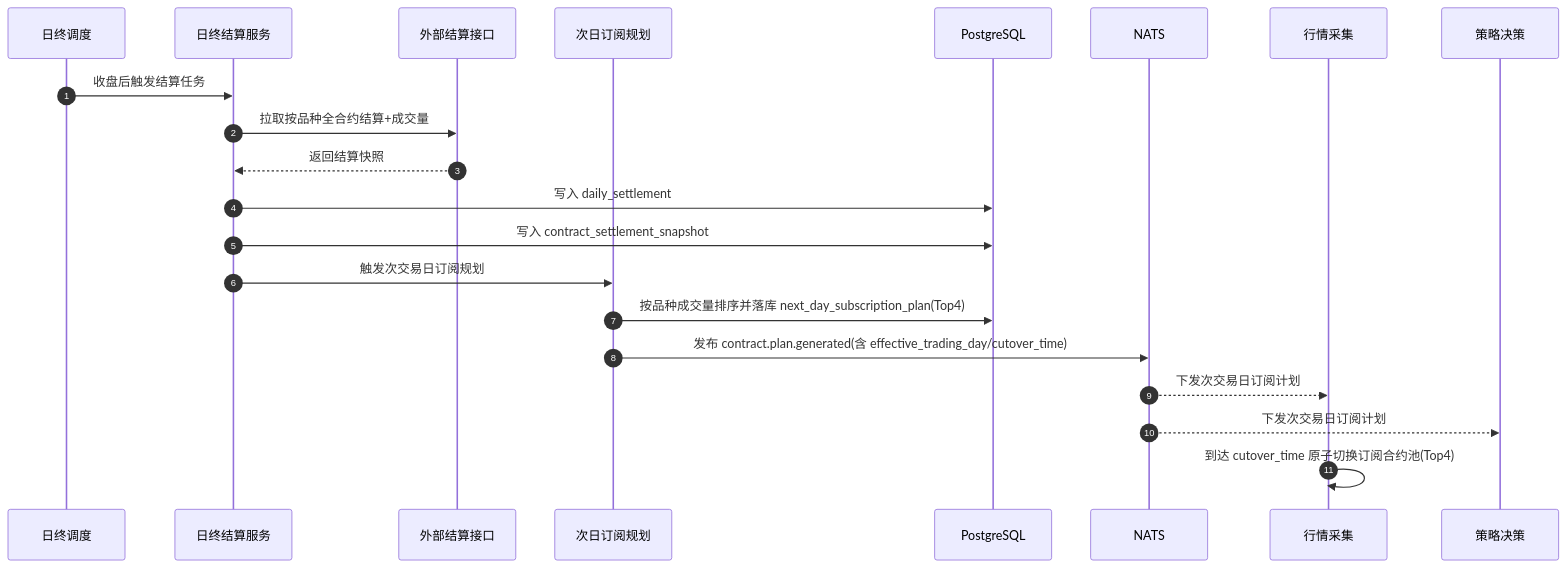
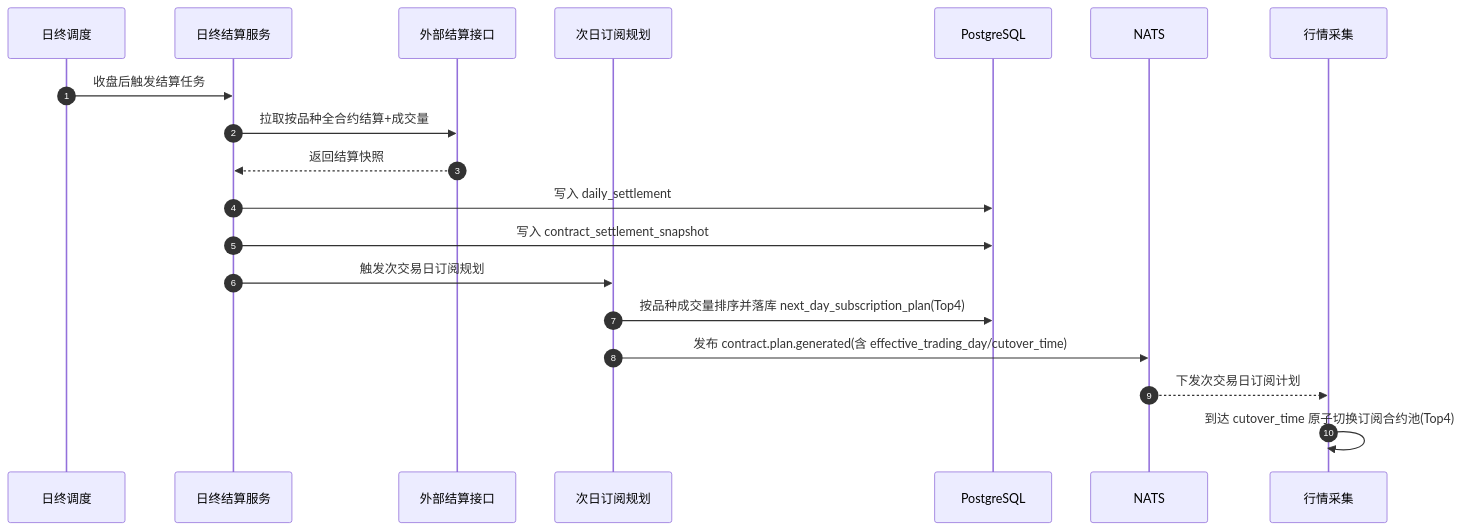
The third of 3 diagrams in docs/requirements/03_technical_architecture_diagram.md (lancewliang/vnpy_hft), drawn with Mermaid before and after one commit. The commit also changed other lines of this file and 5 other files, not shown here.

````diff
--- a/docs/requirements/03_technical_architecture_diagram.md
+++ b/docs/requirements/03_technical_architecture_diagram.md
@@ -114,27 +116,25 @@
 ```mermaid
 sequenceDiagram
     autonumber
     participant SCH as 日终调度
     participant SS as 日终结算服务
     participant API as 外部结算接口
     participant CSP as 次日订阅规划
     participant PG as PostgreSQL
     participant MQ as NATS
     participant MC as 行情采集
-    participant SE as 策略决策
 
     SCH->>SS: 收盘后触发结算任务
     SS->>API: 拉取按品种全合约结算+成交量
     API-->>SS: 返回结算快照
 
     SS->>PG: 写入 daily_settlement
     SS->>PG: 写入 contract_settlement_snapshot
     SS->>CSP: 触发次交易日订阅规划
 
     CSP->>PG: 按品种成交量排序并落库 next_day_subscription_plan(Top4)
     CSP->>MQ: 发布 contract.plan.generated(含 effective_trading_day/cutover_time)
 
     MQ-->>MC: 下发次交易日订阅计划
-    MQ-->>SE: 下发次交易日订阅计划
     MC->>MC: 到达 cutover_time 原子切换订阅合约池(Top4)
 ```
````
